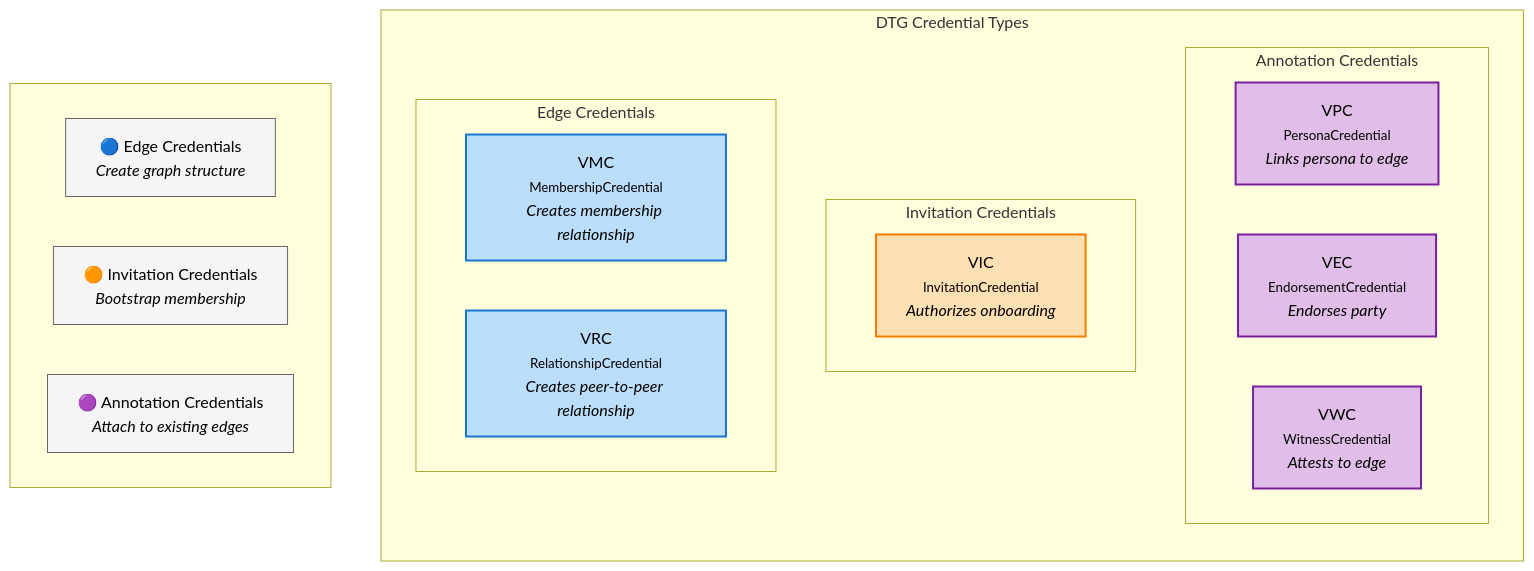
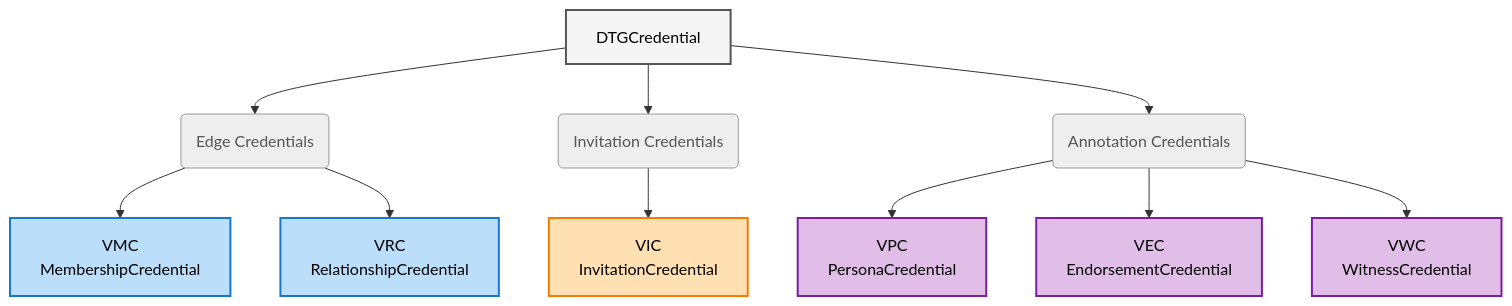
One commit to trustoverip/dtgwg-cred-spec changed the diagram in spec/body.md. Above: the diagram before and after it, drawn with Mermaid. The commit also changed other lines of this file and 3 other files, not shown here.

First line of the commit message:
Editorial: RFC keyword casing, informative labels, and taxonomy diagram

````diff
--- a/spec/body.md
+++ b/spec/body.md
@@ -7,38 +7,27 @@
 ```mermaid
 graph TB
-    subgraph Types["DTG Credential Types"]
-        direction TB
+    DTG[DTGCredential]
 
-        subgraph Annotation["Annotation Credentials"]
-            VPC["VPC<br/><small>PersonaCredential</small><br/><i>Links persona to edge</i>"]
-            VEC["VEC<br/><small>EndorsementCredential</small><br/><i>Endorses party</i>"]
-            VWC["VWC<br/><small>WitnessCredential</small><br/><i>Attests to edge</i>"]
-        end
+    DTG --> EC(Edge Credentials)
+    DTG --> IC(Invitation Credentials)
+    DTG --> AC(Annotation Credentials)
 
-        subgraph Invitation["Invitation Credentials"]
-            INV["VIC<br/><small>InvitationCredential</small><br/><i>Authorizes onboarding</i>"]
-        end
+    EC --> VMC["VMC<br/>MembershipCredential"]
+    EC --> VRC["VRC<br/>RelationshipCredential"]
+    IC --> VIC["VIC<br/>InvitationCredential"]
+    AC --> VPC["VPC<br/>PersonaCredential"]
+    AC --> VEC["VEC<br/>EndorsementCredential"]
+    AC --> VWC["VWC<br/>WitnessCredential"]
 
-        subgraph Edge["Edge Credentials"]
-            VMC["VMC<br/><small>MembershipCredential</small><br/><i>Creates membership relationship</i>"]
-            VRC["VRC<br/><small>RelationshipCredential</small><br/><i>Creates peer-to-peer relationship</i>"]
-        end
-    end
-
-    subgraph Legend[" "]
-        direction LR
-        L1["🔵 Edge Credentials<br/><i>Create graph structure</i>"]
-        L2["🟠 Invitation Credentials<br/><i>Bootstrap membership</i>"]
-        L3["🟣 Annotation Credentials<br/><i>Attach to existing edges</i>"]
-    end
-
+    classDef parent fill:#f5f5f5,stroke:#555,stroke-width:2px,color:#000
+    classDef cat fill:#eeeeee,stroke:#999,stroke-width:1px,color:#555
     classDef edge fill:#bbdefb,stroke:#1976d2,stroke-width:2px,color:#000
     classDef inv fill:#ffe0b2,stroke:#f57c00,stroke-width:2px,color:#000
     classDef ann fill:#e1bee7,stroke:#7b1fa2,stroke-width:2px,color:#000
-    classDef legend fill:#f5f5f5,stroke:#666,stroke-width:1px,color:#000
 
+    class DTG parent
+    class EC,IC,AC cat
     class VMC,VRC edge
-    class INV inv
+    class VIC inv
     class VPC,VEC,VWC ann
-    class L1,L2,L3 legend
 ```
````
